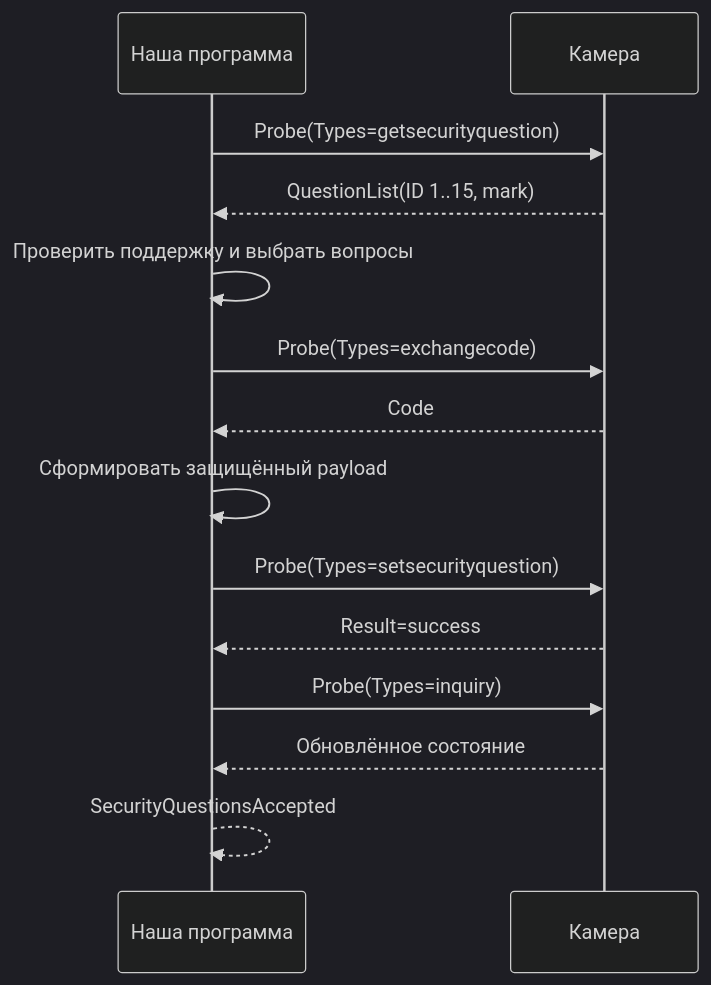
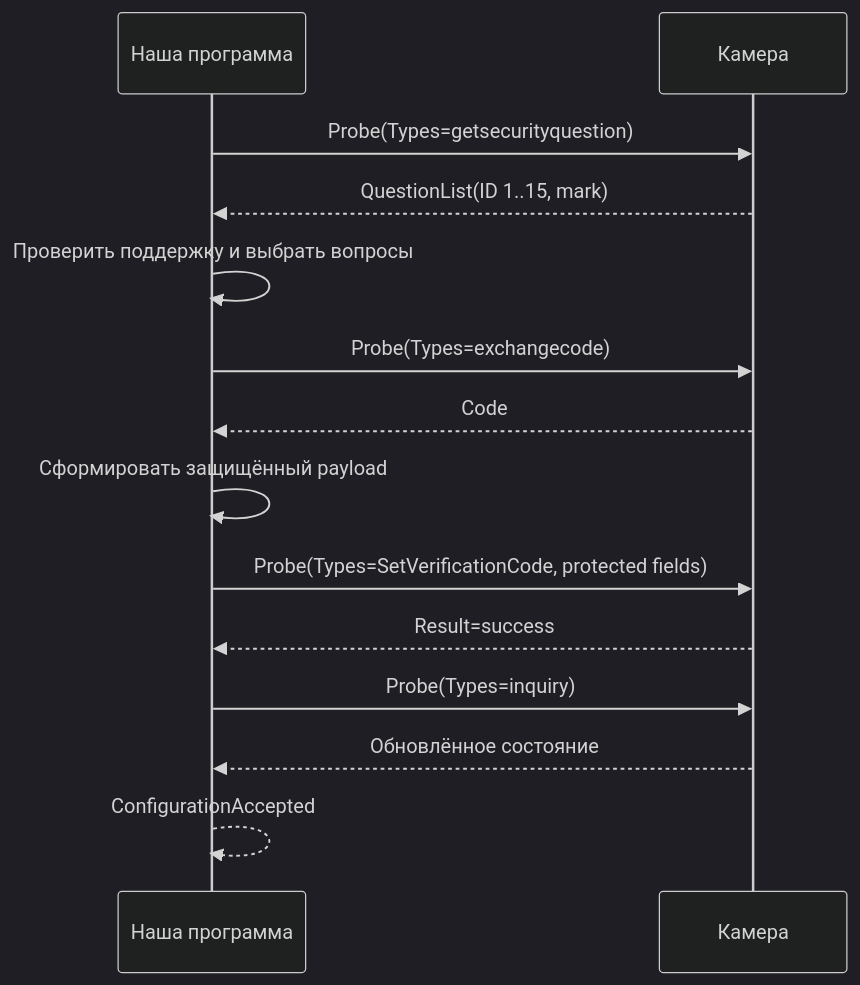
One commit to CDSRaBot/sadp-handler.GO changed the fifth of 8 diagrams in docs/ru/spec/reports/SADP_PROTOCOL_ANALYSIS_2026-10-28.md. Above: the diagram before and after it, drawn with Mermaid (dark theme). The commit also changed other lines of this file, not shown here.

````diff
--- a/docs/ru/spec/reports/SADP_PROTOCOL_ANALYSIS_2026-10-28.md
+++ b/docs/ru/spec/reports/SADP_PROTOCOL_ANALYSIS_2026-10-28.md
@@ -423,17 +470,17 @@
 ```mermaid
 sequenceDiagram
     participant App as Наша программа
     participant Cam as Камера
 
     App->>Cam: Probe(Types=getsecurityquestion)
     Cam-->>App: QuestionList(ID 1..15, mark)
     App->>App: Проверить поддержку и выбрать вопросы
     App->>Cam: Probe(Types=exchangecode)
     Cam-->>App: Code
     App->>App: Сформировать защищённый payload
-    App->>Cam: Probe(Types=setsecurityquestion)
+    App->>Cam: Probe(Types=SetVerificationCode, protected fields)
     Cam-->>App: Result=success
     App->>Cam: Probe(Types=inquiry)
     Cam-->>App: Обновлённое состояние
-    App-->>App: SecurityQuestionsAccepted
+    App-->>App: ConfigurationAccepted
 ```
````
